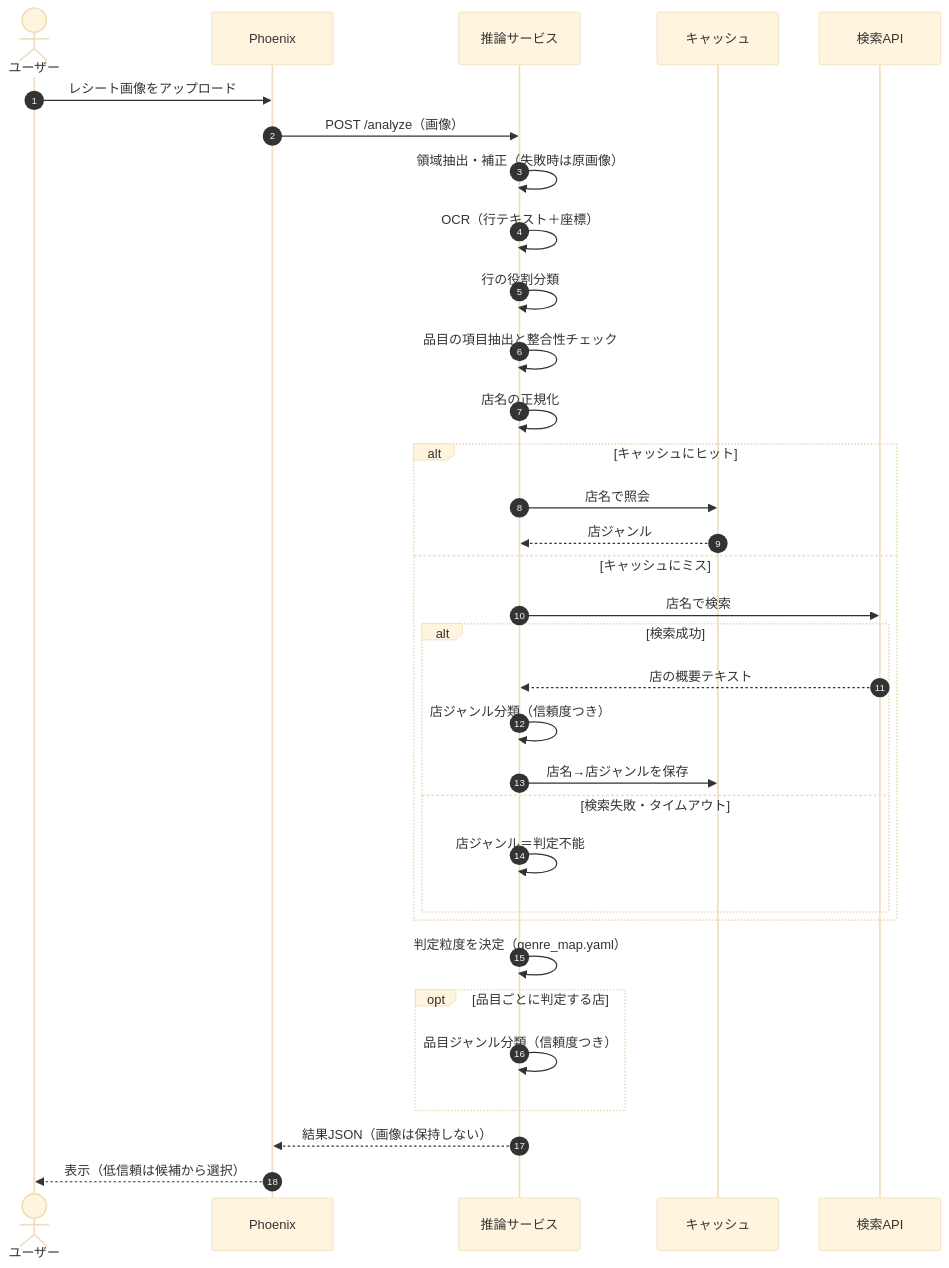
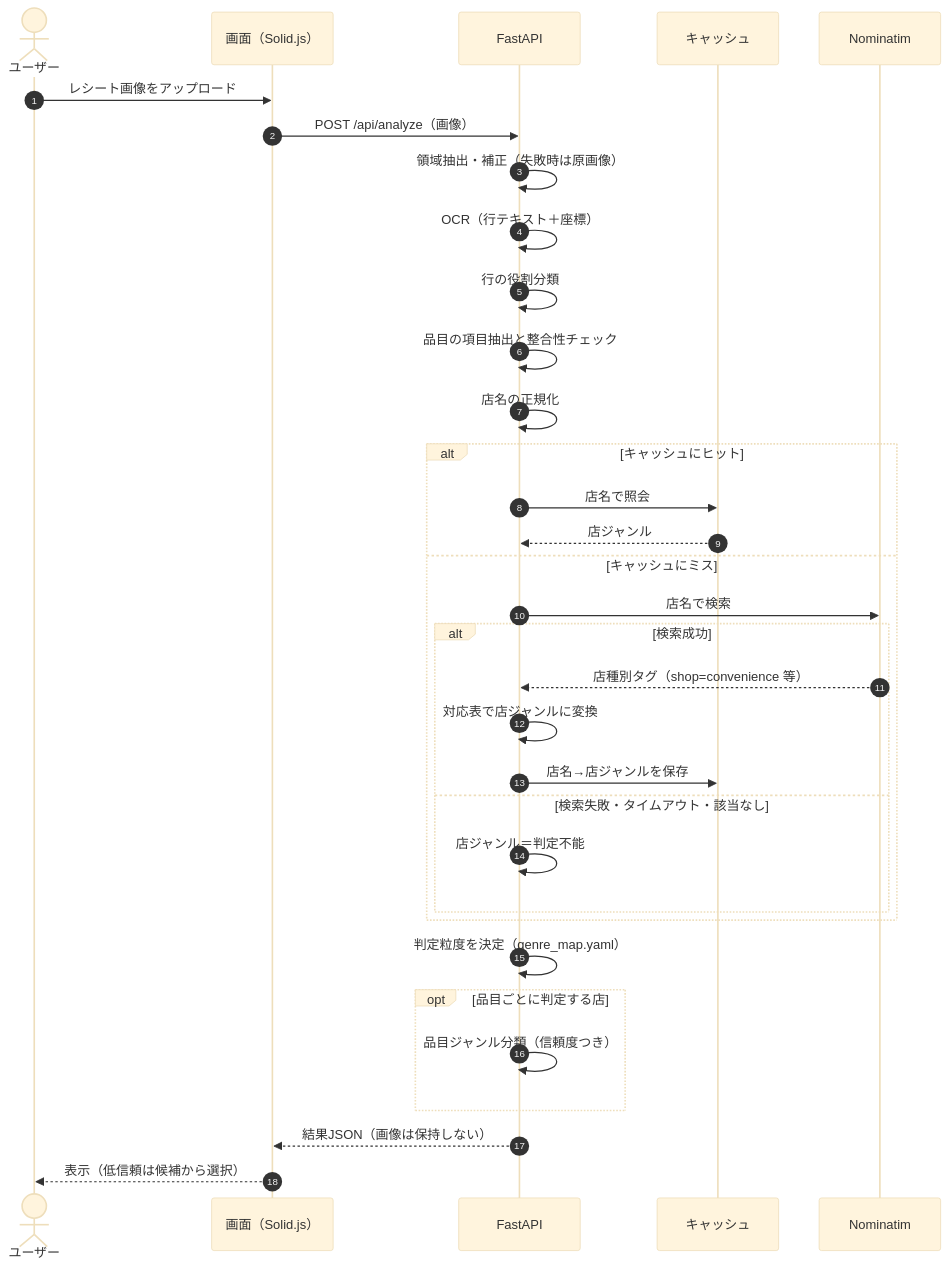
The second of 4 diagrams in docs/architecture.md (ndac-todoroki/receipt-tagger), drawn with Mermaid (base theme) before and after one commit. The commit also changed other lines of this file and 1 other file, not shown here.

First line of the commit message:
要件定義書と構成図に2026-10-23の方針決定を反映

````diff
--- a/docs/architecture.md
+++ b/docs/architecture.md
@@ -85,39 +82,39 @@
 ```mermaid
 sequenceDiagram
     autonumber
     actor User as ユーザー
-    participant Web as Phoenix
-    participant Inf as 推論サービス
+    participant Web as 画面（Solid.js）
+    participant Inf as FastAPI
     participant Cache as キャッシュ
-    participant Search as 検索API
+    participant Search as Nominatim
 
     User->>Web: レシート画像をアップロード
-    Web->>Inf: POST /analyze（画像）
+    Web->>Inf: POST /api/analyze（画像）
     Inf->>Inf: 領域抽出・補正（失敗時は原画像）
     Inf->>Inf: OCR（行テキスト＋座標）
     Inf->>Inf: 行の役割分類
     Inf->>Inf: 品目の項目抽出と整合性チェック
     Inf->>Inf: 店名の正規化
 
     alt キャッシュにヒット
         Inf->>Cache: 店名で照会
         Cache-->>Inf: 店ジャンル
     else キャッシュにミス
         Inf->>Search: 店名で検索
         alt 検索成功
-            Search-->>Inf: 店の概要テキスト
-            Inf->>Inf: 店ジャンル分類（信頼度つき）
+            Search-->>Inf: 店種別タグ（shop=convenience 等）
+            Inf->>Inf: 対応表で店ジャンルに変換
             Inf->>Cache: 店名→店ジャンルを保存
-        else 検索失敗・タイムアウト
+        else 検索失敗・タイムアウト・該当なし
             Inf->>Inf: 店ジャンル＝判定不能
         end
     end
 
     Inf->>Inf: 判定粒度を決定（genre_map.yaml）
     opt 品目ごとに判定する店
         Inf->>Inf: 品目ジャンル分類（信頼度つき）
     end
 
     Inf-->>Web: 結果JSON（画像は保持しない）
     Web-->>User: 表示（低信頼は候補から選択）
 ```
````
